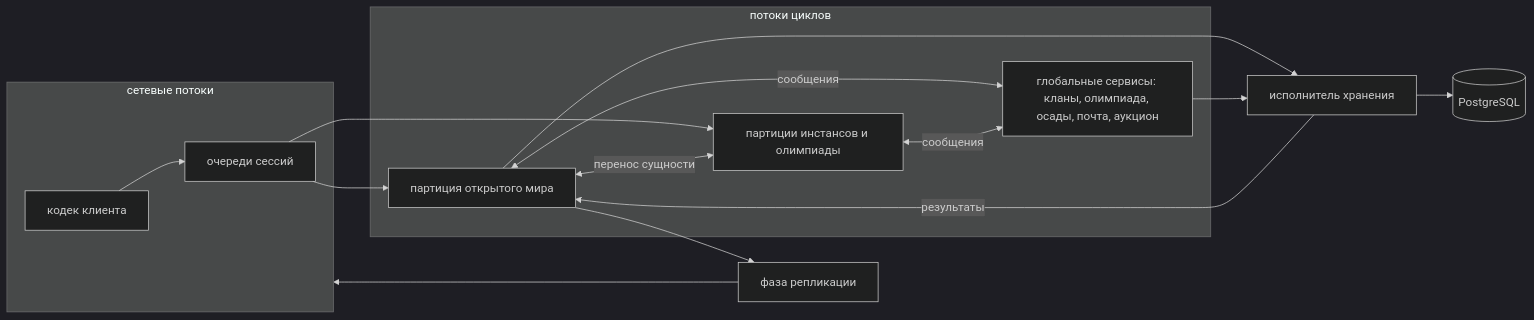
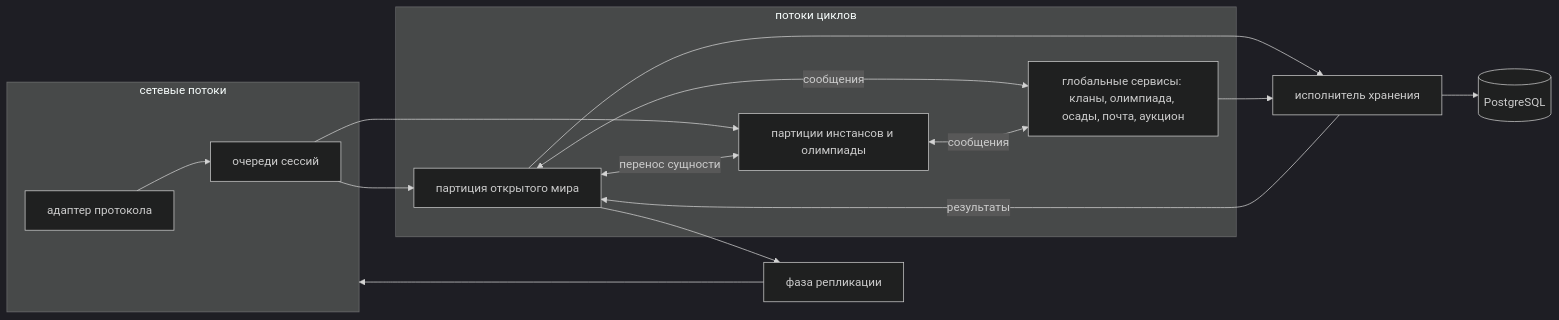
The diagram in docs/public/ru/architecture.md (l2nx/nx-l2), drawn with Mermaid (dark theme) before and after one commit. The commit also changed other lines of this file and 12 other files, not shown here.

````diff
--- a/docs/public/ru/architecture.md
+++ b/docs/public/ru/architecture.md
@@ -30,20 +30,20 @@
 ```mermaid
 flowchart LR
   subgraph IO[сетевые потоки]
-    C[кодек клиента] --> SQ[очереди сессий]
+    C[адаптер протокола] --> SQ[очереди сессий]
   end
   SQ --> W
   SQ --> I
   subgraph Loops[потоки циклов]
     W[партиция открытого мира]
     I[партиции инстансов и олимпиады]
     G[глобальные сервисы: кланы, олимпиада, осады, почта, аукцион]
   end
   W <-->|сообщения| G
   I <-->|сообщения| G
   W <-->|перенос сущности| I
   W --> R[фаза репликации] --> IO
   W --> P[исполнитель хранения] --> DB[(PostgreSQL)]
   G --> P
   P -->|результаты| W
 ```
````
